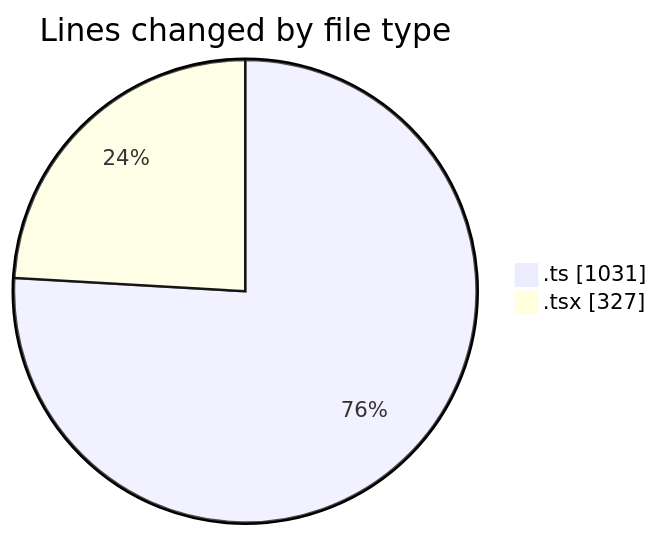
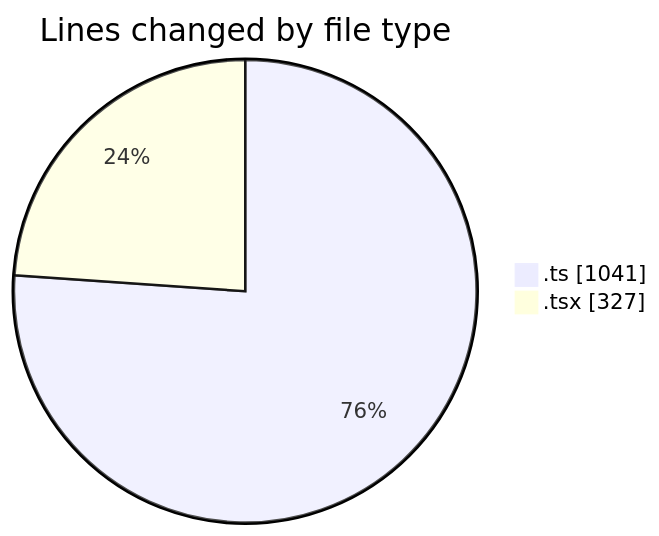
One commit to momahboobian/code-tracking changed the first of 2 diagrams in 2025-09-02/cda/README.md. Above: the diagram before and after it, drawn with Mermaid. The commit also changed other lines of this file and 1 other file, not shown here.

````diff
--- a/2025-09-02/cda/README.md
+++ b/2025-09-02/cda/README.md
@@ -28,6 +28,6 @@
 ```mermaid
 pie showData
 title Lines changed by file type
-".ts" : 1031
+".ts" : 1041
 ".tsx" : 327
 ```
````
